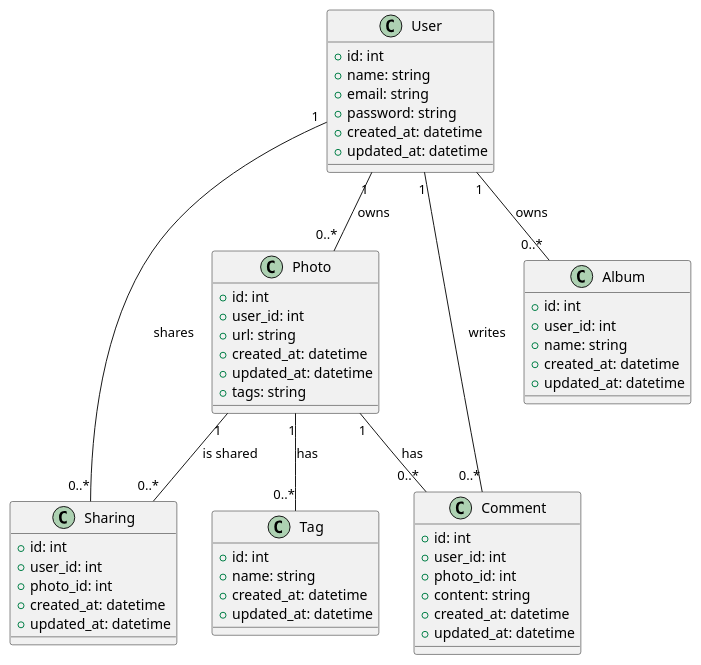
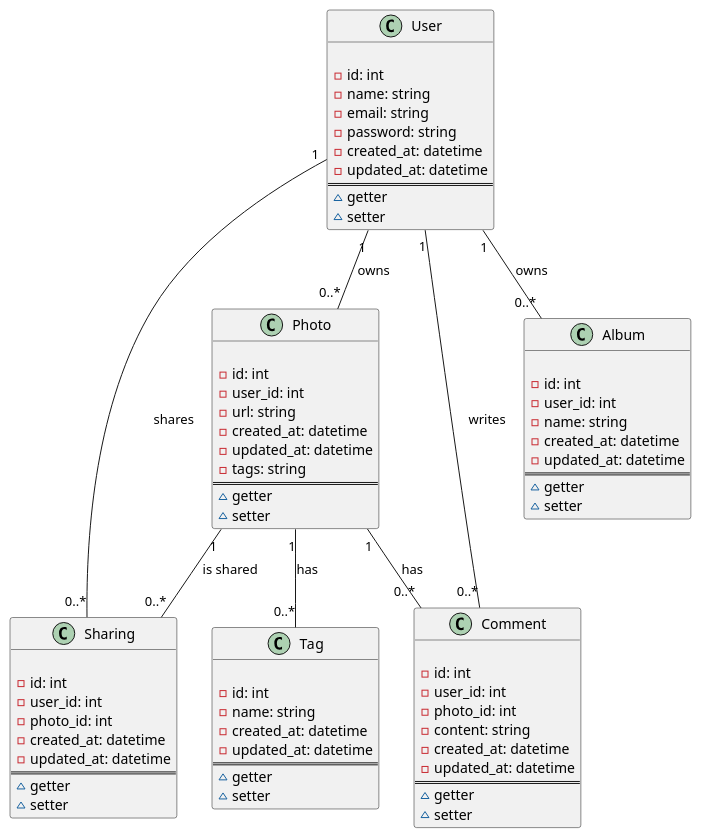
Before and after one commit to ronan-develop/home-cloud: the diagram in diagrams/Entities.puml, drawn with PlantUML.

Commit message:
diagrams : private properties for entities

```diff
--- a/diagrams/Entities.puml
+++ b/diagrams/Entities.puml
@@ -1,67 +1,85 @@
 @startuml entities
 
 class User {
 
-    + id: int
-    + name: string
-    + email: string
-    + password: string
-    + created_at: datetime
-    + updated_at: datetime
+    - id: int
+    - name: string
+    - email: string
+    - password: string
+    - created_at: datetime
+    - updated_at: datetime
+==
+    ~ getter
+    ~ setter
 }
 
 class Photo {
 
-    + id: int
-    + user_id: int
-    + url: string
-    + created_at: datetime
-    + updated_at: datetime
-    + tags: string
+    - id: int
+    - user_id: int
+    - url: string
+    - created_at: datetime
+    - updated_at: datetime
+    - tags: string
+==
+    ~ getter
+    ~ setter
 }
 
 class Album {
 
-    + id: int
-    + user_id: int
-    + name: string
-    + created_at: datetime
-    + updated_at: datetime
+    - id: int
+    - user_id: int
+    - name: string
+    - created_at: datetime
+    - updated_at: datetime
+==
+    ~ getter
+    ~ setter
 }
 
 class Tag {
 
-    + id: int
-    + name: string
-    + created_at: datetime
-    + updated_at: datetime
+    - id: int
+    - name: string
+    - created_at: datetime
+    - updated_at: datetime
+==
+    ~ getter
+    ~ setter
 }
 
 class Comment {
 
-    + id: int
-    + user_id: int
-    + photo_id: int
-    + content: string
-    + created_at: datetime
-    + updated_at: datetime
+    - id: int
+    - user_id: int
+    - photo_id: int
+    - content: string
+    - created_at: datetime
+    - updated_at: datetime
+==
+    ~ getter
+    ~ setter
 }
 
 class Sharing {
 
-    + id: int
-    + user_id: int
-    + photo_id: int
-    + created_at: datetime
-    + updated_at: datetime
+    - id: int
+    - user_id: int
+    - photo_id: int
+    - created_at: datetime
+    - updated_at: datetime
+==
+    ~ getter
+    ~ setter
 }
 
 User "1" -- "0..*" Photo : owns
 User "1" -- "0..*" Album : owns
 Photo "1" -- "0..*" Tag : has
 User "1" -- "0..*" Comment : writes
 Photo "1" -- "0..*" Comment : has
 User "1" -- "0..*" Sharing : shares
 Photo "1" -- "0..*" Sharing : is shared
 
 @enduml
```
